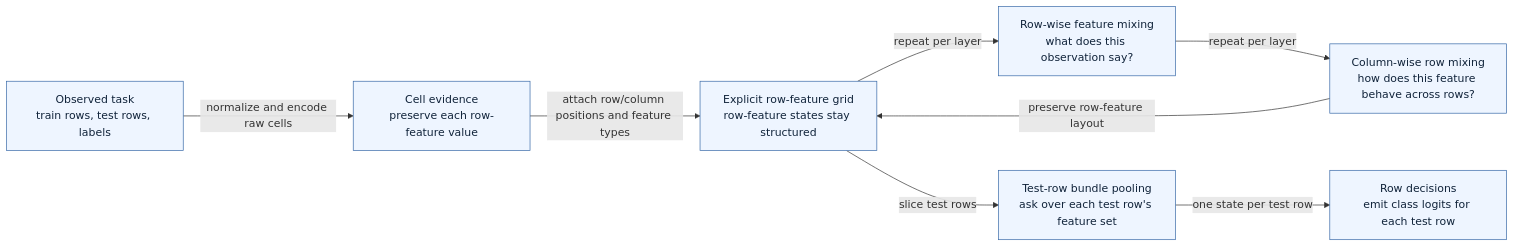
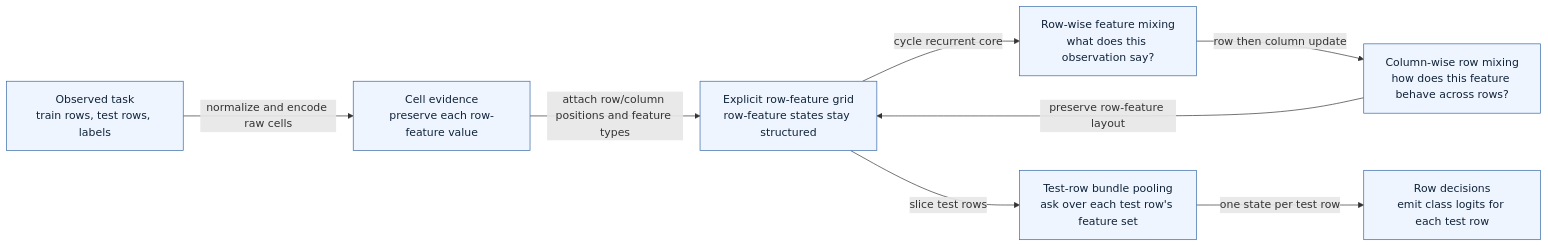
Before and after one commit to bensonlee5/tab-foundry: the first of 2 diagrams in docs/development/model-architecture.md, drawn with Mermaid. The commit also changed other lines of this file and 26 other files, not shown here.

Commit message:
Promote TF-RD-026 row 10 grid anchor

````diff
--- a/docs/development/model-architecture.md
+++ b/docs/development/model-architecture.md
@@ -121,20 +100,20 @@
 ```mermaid
 flowchart LR
     classDef state fill:#eef5ff,stroke:#3567a6,color:#10233a,stroke-width:1px;
 
     task["Observed task<br/>train rows, test rows, labels"]:::state
     evidence["Cell evidence<br/>preserve each row-feature value"]:::state
     grid["Explicit row-feature grid<br/>row-feature states stay structured"]:::state
     rows["Row-wise feature mixing<br/>what does this observation say?"]:::state
     columns["Column-wise row mixing<br/>how does this feature behave across rows?"]:::state
     pool["Test-row bundle pooling<br/>ask over each test row's feature set"]:::state
     logits["Row decisions<br/>emit class logits for each test row"]:::state
 
     task -->|normalize and encode raw cells| evidence
     evidence -->|attach row/column positions and feature types| grid
-    grid -->|repeat per layer| rows
-    rows -->|repeat per layer| columns
+    grid -->|cycle recurrent core| rows
+    rows -->|row then column update| columns
     columns -->|preserve row-feature layout| grid
     grid -->|slice test rows| pool
     pool -->|one state per test row| logits
 ```
````
